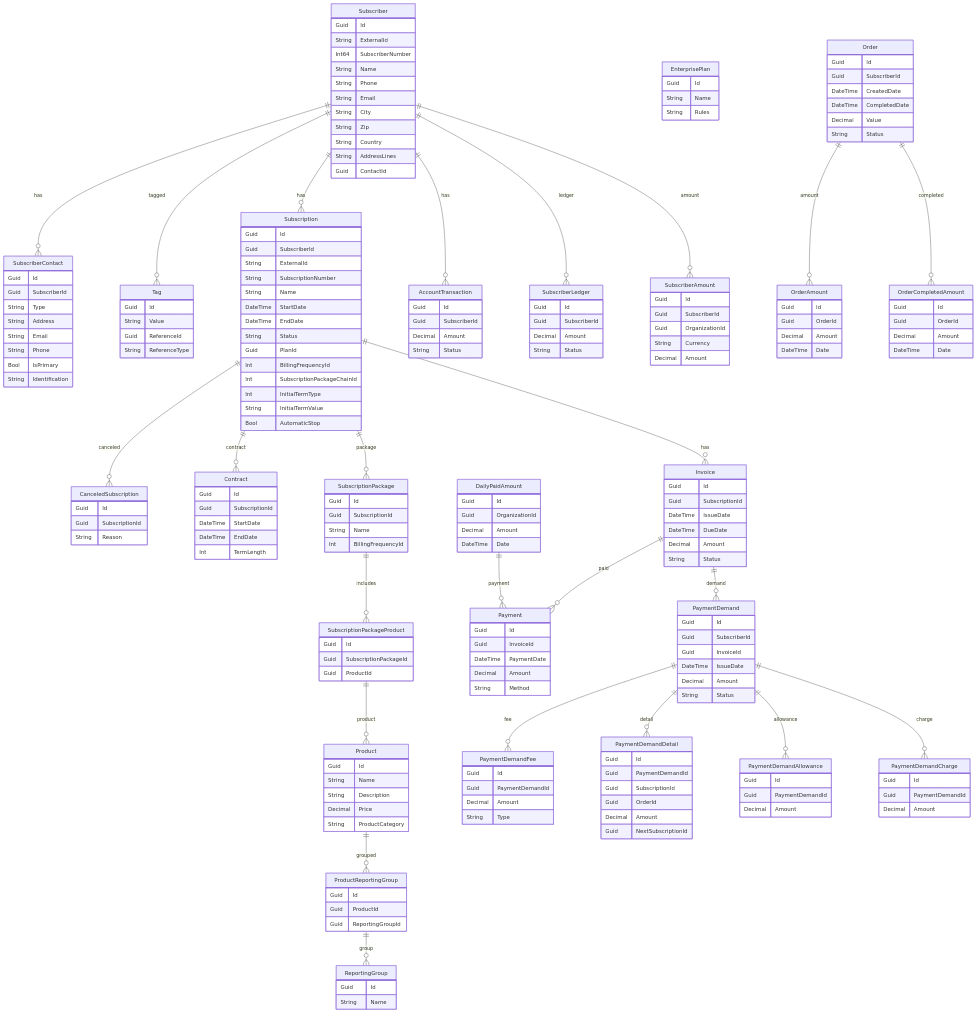
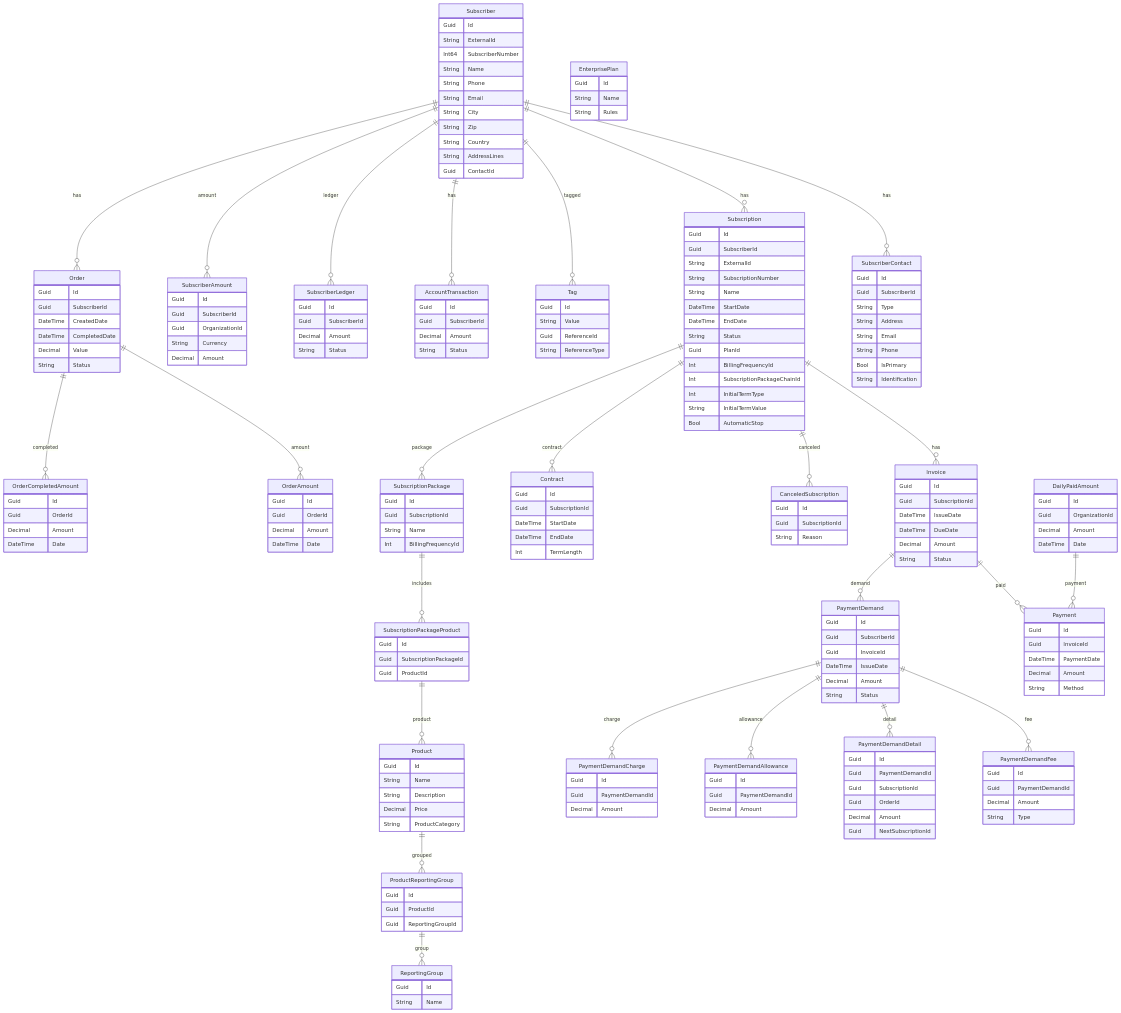
The diagram in source/reporting-analytics/datamodel-er.mmd (infosoftas/info-subscription-doc), drawn with Mermaid before and after one commit.

Commit message:
Added Subscriber Relationship

```diff
--- a/source/reporting-analytics/datamodel-er.mmd
+++ b/source/reporting-analytics/datamodel-er.mmd
@@ -187,6 +187,7 @@
     Subscriber ||--o{ AccountTransaction : has
     Subscriber ||--o{ SubscriberLedger : ledger
     Subscriber ||--o{ SubscriberAmount : amount
+    Subscriber ||--o{ Order : has
     Subscription ||--o{ Invoice : has
     Subscription ||--o{ CanceledSubscription : canceled
     Subscription ||--o{ Contract : contract
```
